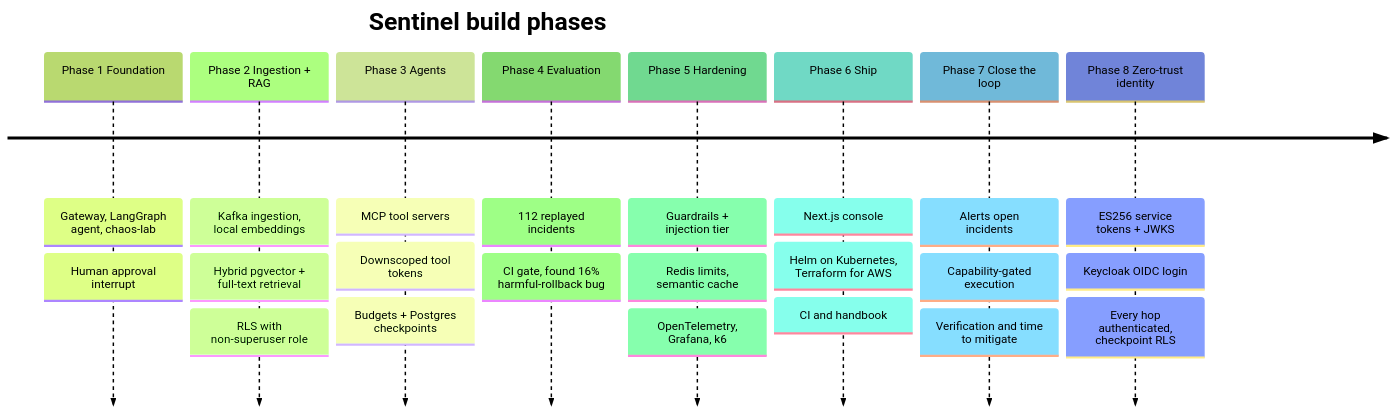
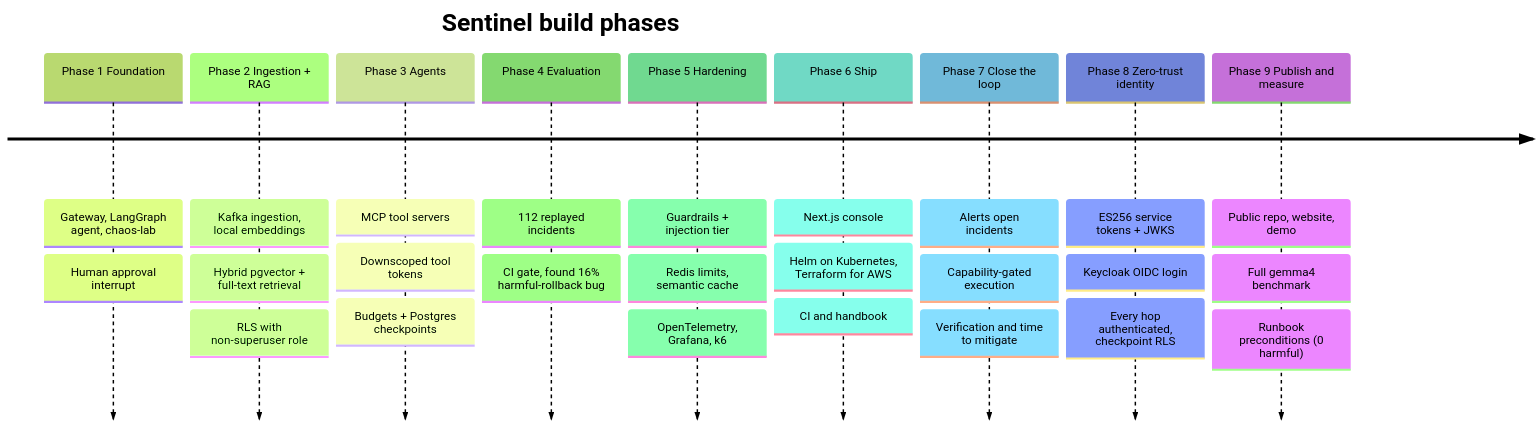
The diagram in docs/handbook/diagrams/01-timeline.mmd (abdulmdev/sentinel-incident-copilot), drawn with Mermaid (forest theme) before and after one commit. The commit also changed 22 other files, not shown here.

First line of the commit message:
evals: full gemma4 8B benchmark; runbook preconditions take harmful actions from 11.6% to 0%

```diff
--- a/docs/handbook/diagrams/01-timeline.mmd
+++ b/docs/handbook/diagrams/01-timeline.mmd
@@ -1,10 +1,11 @@
 timeline
   title Sentinel build phases
   Phase 1 Foundation : Gateway, LangGraph agent, chaos-lab : Human approval interrupt
   Phase 2 Ingestion + RAG : Kafka ingestion, local embeddings : Hybrid pgvector + full-text retrieval : RLS with non-superuser role
   Phase 3 Agents : MCP tool servers : Downscoped tool tokens : Budgets + Postgres checkpoints
   Phase 4 Evaluation : 112 replayed incidents : CI gate, found 16% harmful-rollback bug
   Phase 5 Hardening : Guardrails + injection tier : Redis limits, semantic cache : OpenTelemetry, Grafana, k6
   Phase 6 Ship : Next.js console : Helm on Kubernetes, Terraform for AWS : CI and handbook
   Phase 7 Close the loop : Alerts open incidents : Capability-gated execution : Verification and time to mitigate
   Phase 8 Zero-trust identity : ES256 service tokens + JWKS : Keycloak OIDC login : Every hop authenticated, checkpoint RLS
+  Phase 9 Publish and measure : Public repo, website, demo : Full gemma4 benchmark : Runbook preconditions (0 harmful)
```
